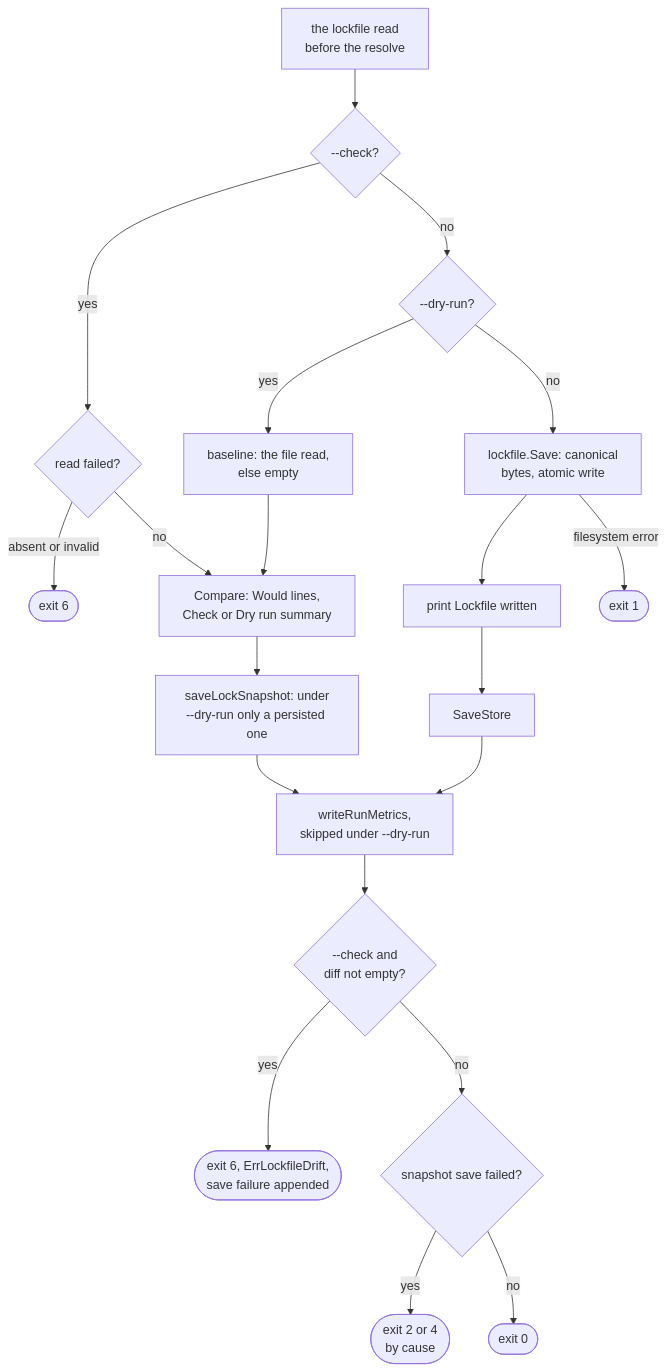
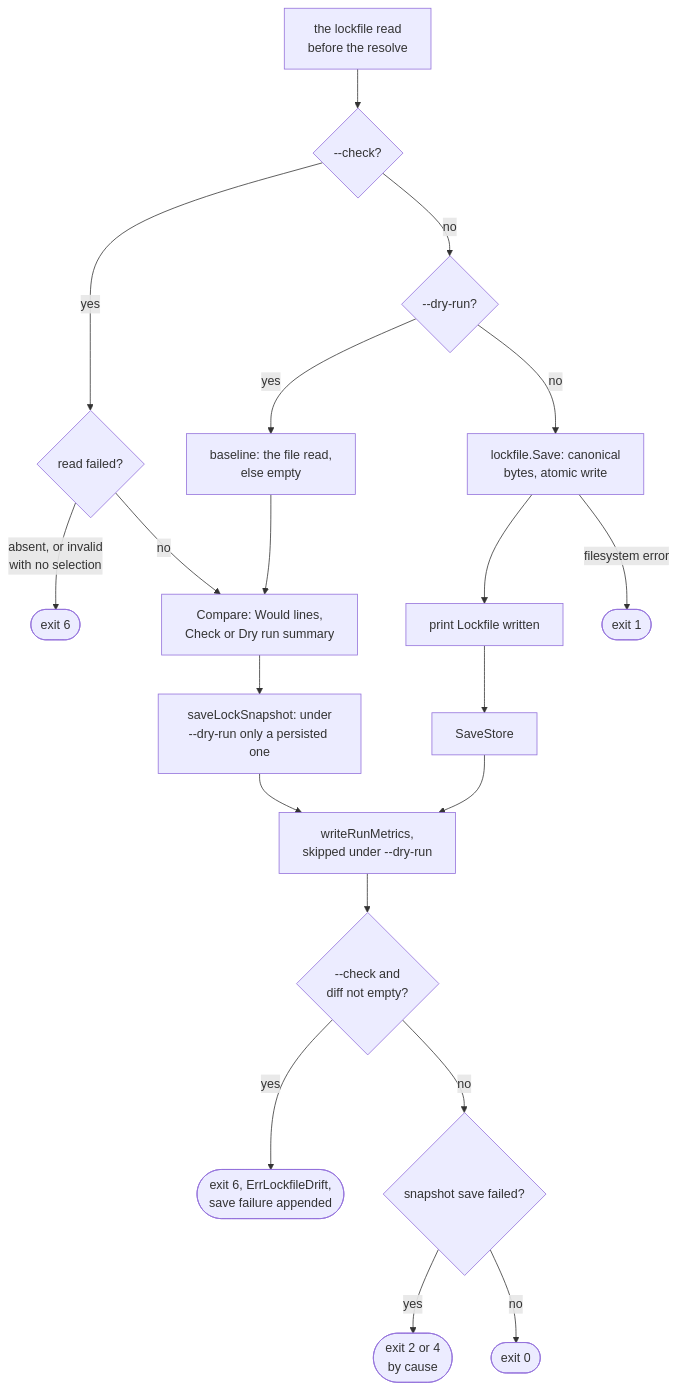
Before and after one commit to greeddj/go-galaxy: the fifth of 5 diagrams in docs/internals/flow-lock.md, drawn with Mermaid. The commit also changed other lines of this file and 30 other files, not shown here.

````diff
--- a/docs/internals/flow-lock.md
+++ b/docs/internals/flow-lock.md
@@ -134,22 +178,22 @@
 ```mermaid
 flowchart TD
   W0["the lockfile read<br/>before the resolve"] --> W1{"--check?"}
   W1 -->|"yes"| W2{"read failed?"}
   W1 -->|"no"| W4{"--dry-run?"}
-  W2 -->|"absent or invalid"| X6(["exit 6"])
+  W2 -->|"absent, or invalid<br/>with no selection"| X6(["exit 6"])
   W2 -->|"no"| W3["Compare: Would lines,<br/>Check or Dry run summary"]
   W4 -->|"yes"| W5["baseline: the file read,<br/>else empty"]
   W4 -->|"no"| W7["lockfile.Save: canonical<br/>bytes, atomic write"]
   W5 --> W3
   W7 --> W8["print Lockfile written"]
   W7 -->|"filesystem error"| X1(["exit 1"])
   W3 --> W9["saveLockSnapshot: under<br/>--dry-run only a persisted one"]
   W8 --> W10["SaveStore"]
   W9 --> W11["writeRunMetrics,<br/>skipped under --dry-run"]
   W10 --> W11
   W11 --> W12{"--check and<br/>diff not empty?"}
   W12 -->|"yes"| X6D(["exit 6, ErrLockfileDrift,<br/>save failure appended"])
   W12 -->|"no"| W13{"snapshot save failed?"}
   W13 -->|"yes"| XS(["exit 2 or 4<br/>by cause"])
   W13 -->|"no"| X0(["exit 0"])
 ```
````
